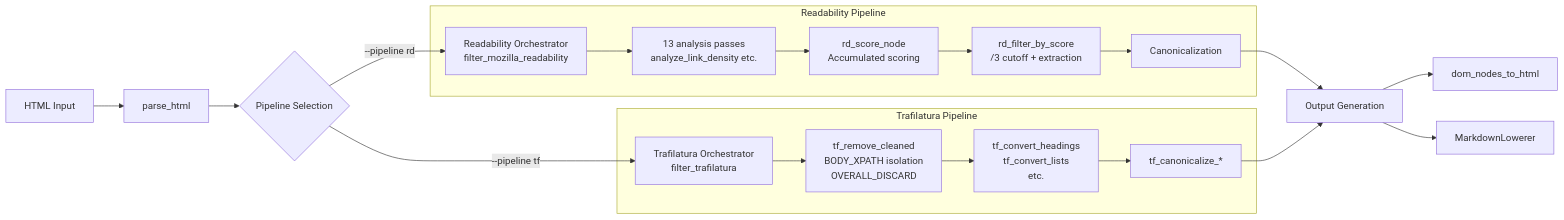
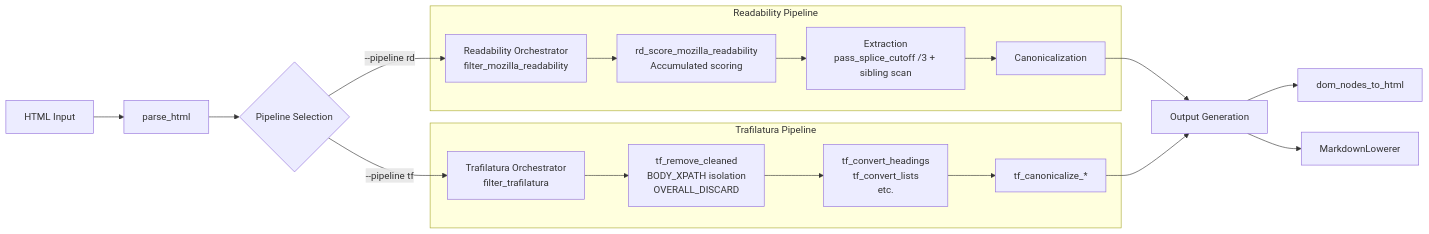
The diagram in delulu-apps/webfetch/ARCHITECTURE.md (mratsim/delulu), drawn with Mermaid before and after one commit. The commit also changed other lines of this file, not shown here.

````diff
--- a/delulu-apps/webfetch/ARCHITECTURE.md
+++ b/delulu-apps/webfetch/ARCHITECTURE.md
@@ -12,26 +12,25 @@
 ```mermaid
 flowchart LR
     HTML[HTML Input] --> Parse[parse_html]
     Parse --> Orchestrator{Pipeline Selection}
     
     Orchestrator -->|--pipeline rd| RD[Readability Orchestrator<br/>filter_mozilla_readability]
     Orchestrator -->|--pipeline tf| TF[Trafilatura Orchestrator<br/>filter_trafilatura]
     
     subgraph RD_Pipeline[Readability Pipeline]
-        RD --> RD_Analysis[13 analysis passes<br/>analyze_link_density etc.]
-        RD_Analysis --> RDScore[rd_score_node<br/>Accumulated scoring]
-        RDScore --> RDFilter[rd_filter_by_score<br/>/3 cutoff + extraction]
+        RD --> RDScore[rd_score_mozilla_readability<br/>Accumulated scoring]
+        RDScore --> RDFilter[Extraction<br/>pass_splice_cutoff /3 + sibling scan]
         RDFilter --> RDCanon[Canonicalization]
     end
     
     subgraph TF_Pipeline[Trafilatura Pipeline]
         TF --> TFFilter[tf_remove_cleaned<br/>BODY_XPATH isolation<br/>OVERALL_DISCARD]
         TFFilter --> TFTransform[tf_convert_headings<br/>tf_convert_lists<br/>etc.]
         TFTransform --> TFCanon[tf_canonicalize_*]
     end
     
     RDCanon --> Output[Output Generation]
     TFCanon --> Output
     Output --> gen_html[dom_nodes_to_html]
     Output --> gen_md[MarkdownLowerer]
 ```
````
